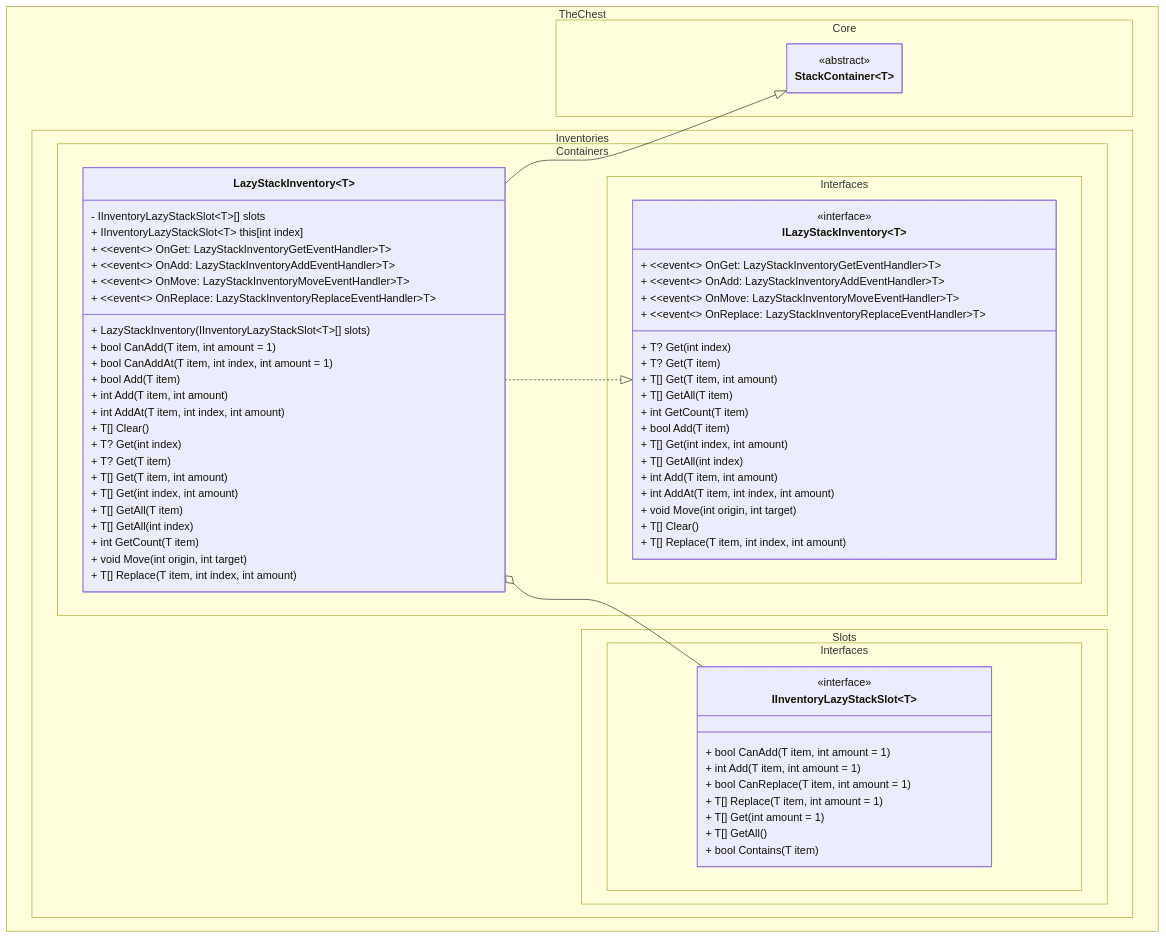
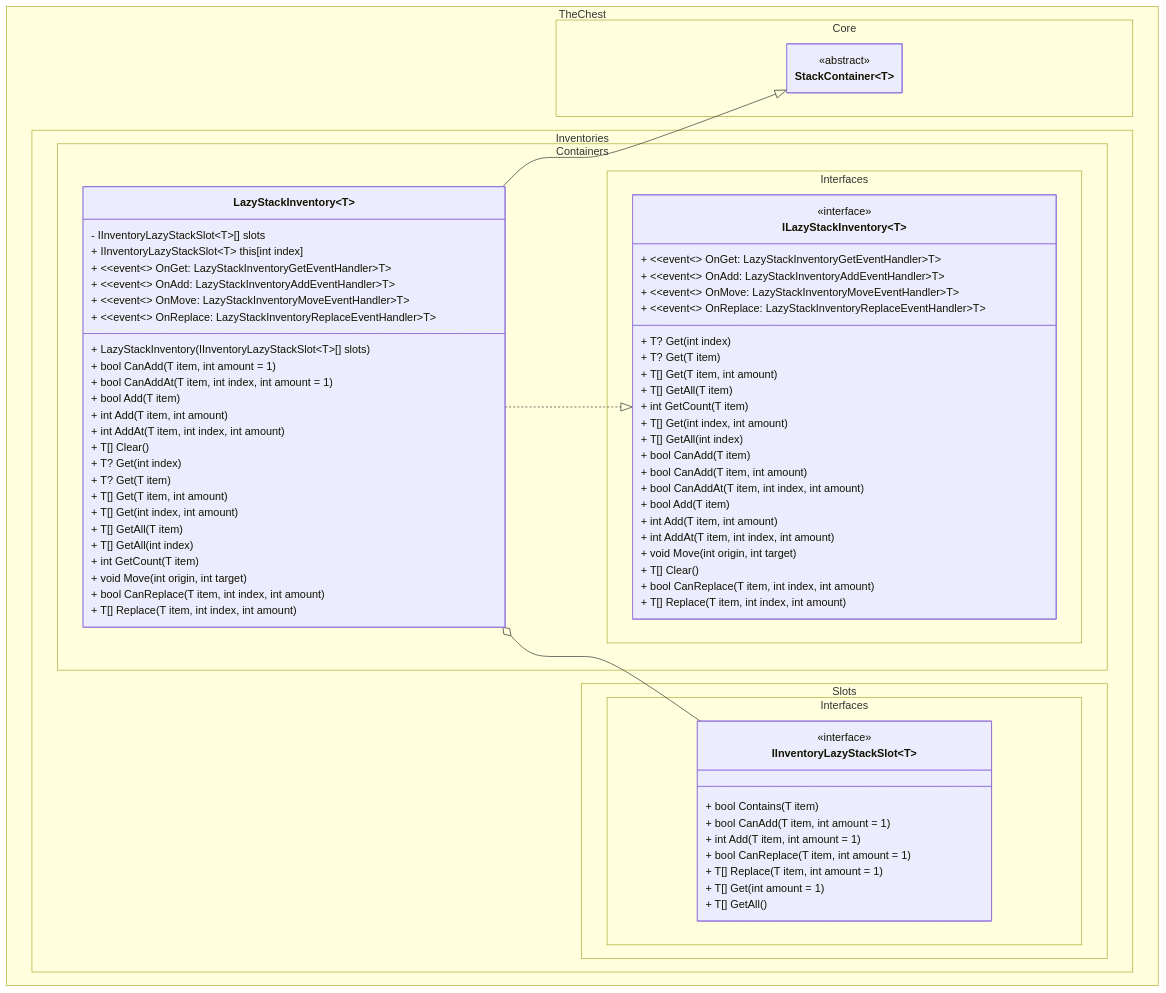
The first of 2 diagrams in docs/lazy_stack_inventory/class_diagram.md (The-Chest/TheChest.Inventories), drawn with Mermaid before and after one commit. The commit also changed other lines of this file and 10 other files, not shown here.

```diff
--- a/docs/lazy_stack_inventory/class_diagram.md
+++ b/docs/lazy_stack_inventory/class_diagram.md
@@ -50,19 +50,23 @@
 
         + void Move(int origin, int target)
 
+        + bool CanReplace(T item, int index, int amount)
         + T[] Replace(T item, int index, int amount)
     }
 }
 
 namespace TheChest.Inventories.Slots.Interfaces {
     class IInventoryLazyStackSlot~T~ {
+        + bool Contains(T item)
+        
         + bool CanAdd(T item, int amount = 1)
         + int Add(T item, int amount = 1)
+
         + bool CanReplace(T item, int amount = 1)
         + T[] Replace(T item, int amount = 1)
+        
         + T[] Get(int amount = 1)
         + T[] GetAll()
-        + bool Contains(T item)
     }
 }
 <<interface>> IInventoryLazyStackSlot
@@ -73,18 +77,28 @@
 	    + ~~event~~ OnAdd: LazyStackInventoryAddEventHandler~T~ 
 	    + ~~event~~ OnMove: LazyStackInventoryMoveEventHandler~T~ 
 	    + ~~event~~ OnReplace: LazyStackInventoryReplaceEventHandler~T~ 
+        
         + T? Get(int index)
         + T? Get(T item)
         + T[] Get(T item, int amount)
         + T[] GetAll(T item)
         + int GetCount(T item)
-        + bool Add(T item)
+        
         + T[] Get(int index, int amount)
         + T[] GetAll(int index)
+        
+        + bool CanAdd(T item)
+        + bool CanAdd(T item, int amount)
+        + bool CanAddAt(T item, int index, int amount)
+
+        + bool Add(T item)
         + int Add(T item, int amount)
         + int AddAt(T item, int index, int amount)
+        
         + void Move(int origin, int target)
         + T[] Clear()
+        
+        + bool CanReplace(T item, int index, int amount)
         + T[] Replace(T item, int index, int amount)
     }
 }
```
